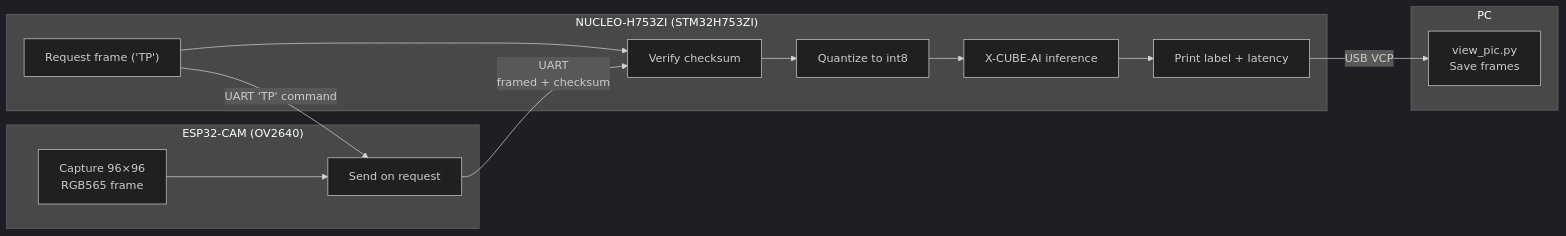
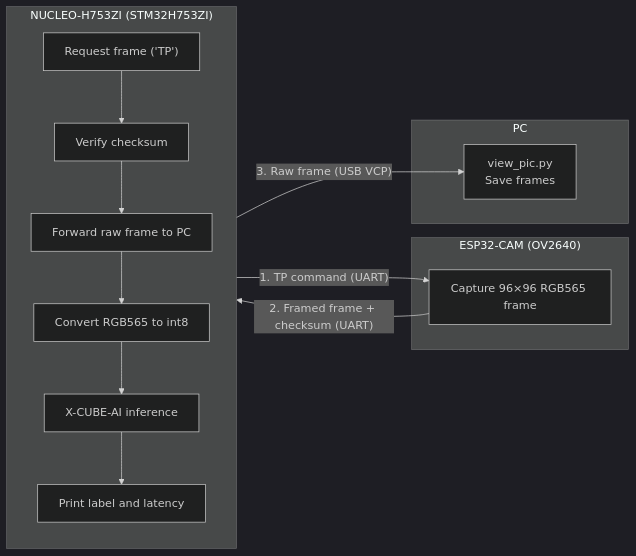
One commit to Dhouhaga/Edge-Waste-Classifier_ESP32-CAM_STM32_X-CUBE-AI changed the diagram in README.md. Above: the diagram before and after it, drawn with Mermaid (dark theme).

````diff
--- a/README.md
+++ b/README.md
@@ -29,25 +29,25 @@
 ```mermaid
 flowchart LR
-    subgraph CAM["ESP32-CAM (OV2640)"]
-        A1["Capture 96×96<br/>RGB565 frame"]
-        A2["Send on request"]
-        A1 --> A2
+    subgraph MCU["NUCLEO-H753ZI (STM32H753ZI)"]
+        direction TB
+        M0["Request frame ('TP')"]
+        M1["Verify checksum"]
+        M2["Forward raw frame to PC"]
+        M3["Convert RGB565 to int8"]
+        M4["X-CUBE-AI inference"]
+        M5["Print label and latency"]
+        M0 --> M1 --> M2 --> M3 --> M4 --> M5
     end
 
-    subgraph MCU["NUCLEO-H753ZI (STM32H753ZI)"]
-        B1["Request frame ('TP')"]
-        B2["Verify checksum"]
-        B3["Quantize to int8"]
-        B4["X-CUBE-AI inference"]
-        B5["Print label + latency"]
-        B1 --> B2 --> B3 --> B4 --> B5
+    subgraph CAM["ESP32-CAM (OV2640)"]
+        C1["Capture 96×96 RGB565 frame"]
     end
 
     subgraph PC["PC"]
-        C1["view_pic.py<br/>Save frames"]
+        P1["view_pic.py<br/>Save frames"]
     end
 
-    A2 -- "UART<br/>framed + checksum" --> B2
-    B1 -- "UART 'TP' command" --> A2
-    B5 -- "USB VCP" --> C1
+    M0 -- "1. TP command (UART)" --> C1
+    C1 -- "2. Framed frame + checksum (UART)" --> M1
+    M2 -- "3. Raw frame (USB VCP)" --> P1
 ```
````
